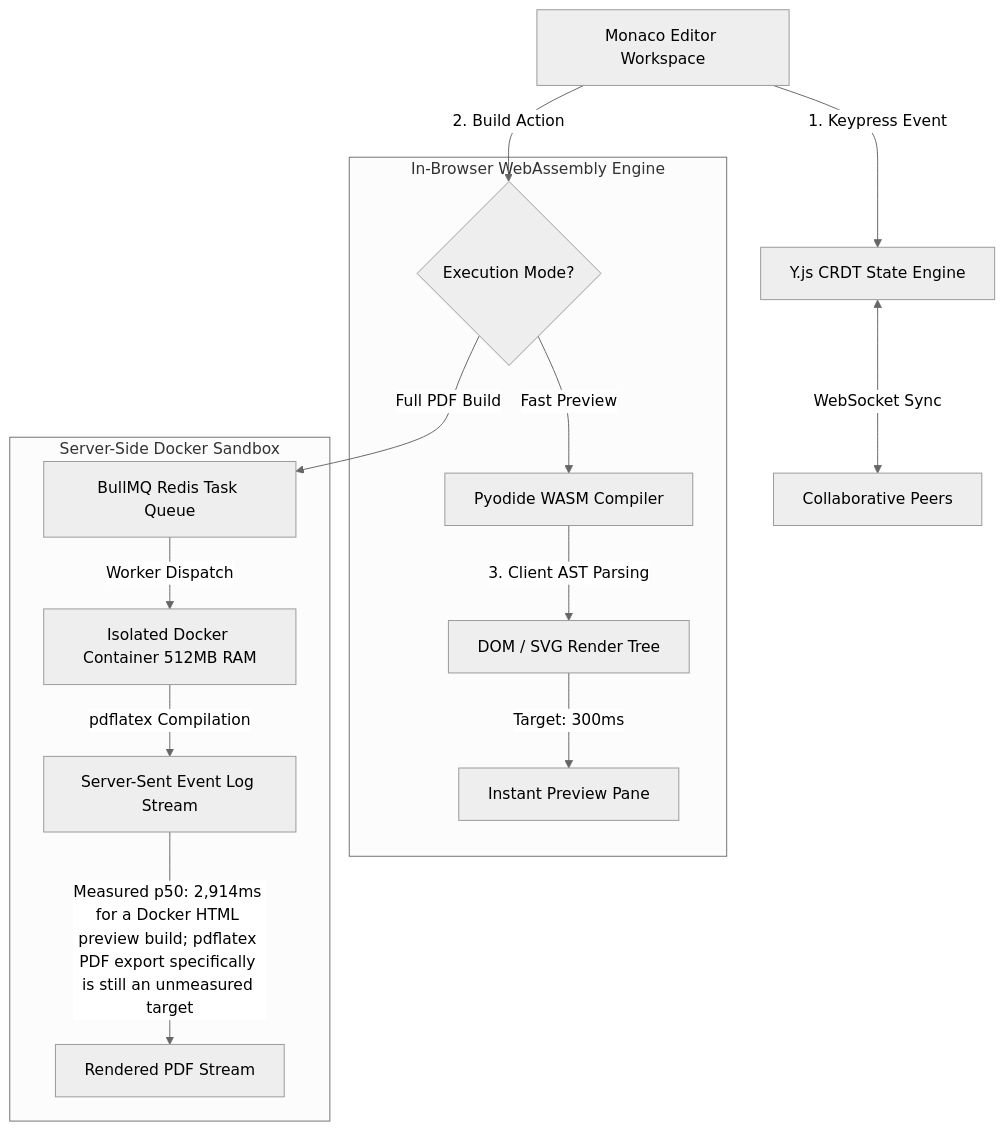
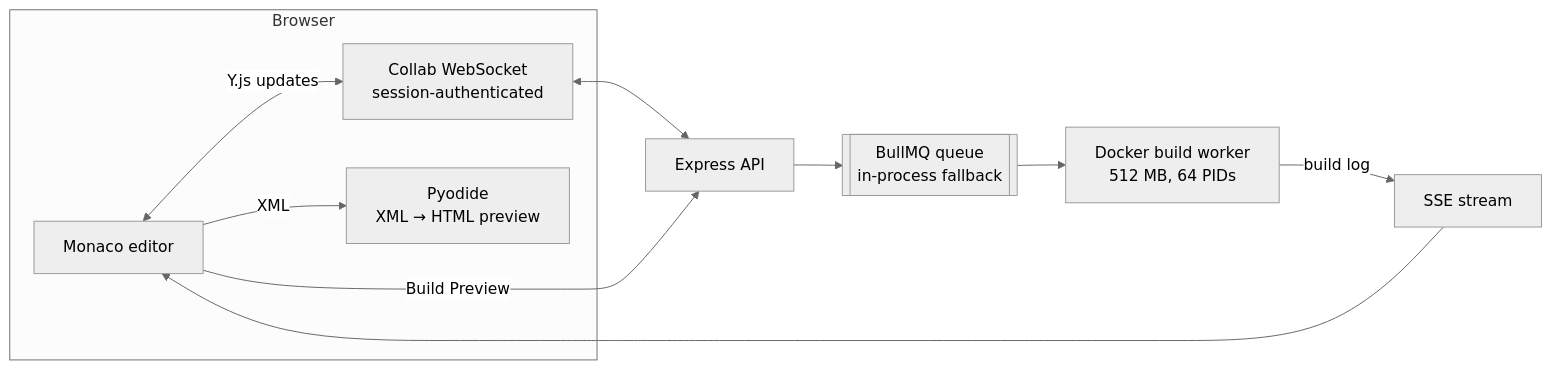
The diagram in README.md (harsharajkumar-273/Proofdesk), drawn with Mermaid (neutral theme) before and after one commit. The commit also changed other lines of this file, not shown here.

Commit message:
README: describe the real preview path, drop the non-comparable speedup, credit contributors

````diff
--- a/README.md
+++ b/README.md
@@ -73,20 +25,13 @@
 ```mermaid
-flowchart TD
-    User[Monaco Editor Workspace] -->|1. Keypress Event| CRDT[Y.js CRDT State Engine]
-    CRDT <-->|WebSocket Sync| Peers[Collaborative Peers]
-
-    User -->|2. Build Action| Decision{Execution Mode?}
-    
-    subgraph ClientWASM [In-Browser WebAssembly Engine]
-        Decision -->|Fast Preview| Pyodide[Pyodide WASM Compiler]
-        Pyodide -->|3. Client AST Parsing| DOM[DOM / SVG Render Tree]
-        DOM -->|Target: 300ms| UI[Instant Preview Pane]
+flowchart LR
+    subgraph Browser
+        Ed[Monaco editor] <-->|Y.js updates| WS
+        Ed -->|XML| Py[Pyodide<br/>XML → HTML preview]
     end
-    
-    subgraph ServerSandbox [Server-Side Docker Sandbox]
-        Decision -->|Full PDF Build| Queue[BullMQ Redis Task Queue]
-        Queue -->|Worker Dispatch| Docker[Isolated Docker Container 512MB RAM]
-        Docker -->|pdflatex Compilation| SSE[Server-Sent Event Log Stream]
-        SSE -->|Measured p50: 2,914ms for a Docker HTML preview build; pdflatex PDF export specifically is still an unmeasured target| PDF[Rendered PDF Stream]
-    end
+    WS[Collab WebSocket<br/>session-authenticated] <--> API[Express API]
+    Ed -->|Build Preview| API
+    API --> Q[[BullMQ queue<br/>in-process fallback]]
+    Q --> W[Docker build worker<br/>512 MB, 64 PIDs]
+    W -->|build log| SSE[SSE stream]
+    SSE --> Ed
 ```
````
